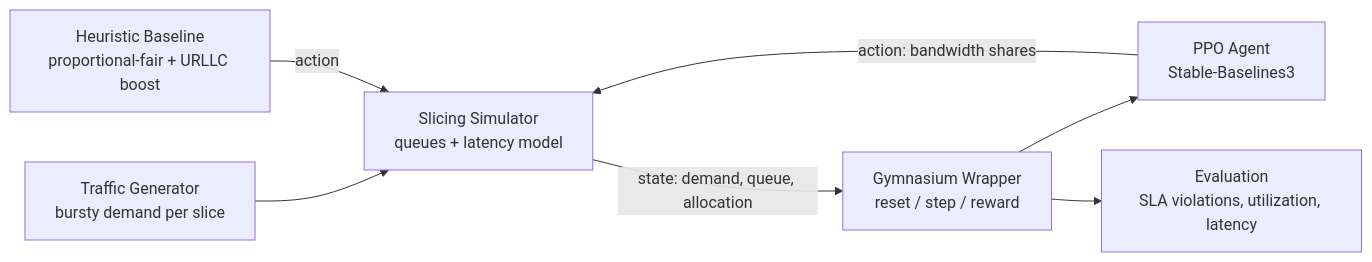
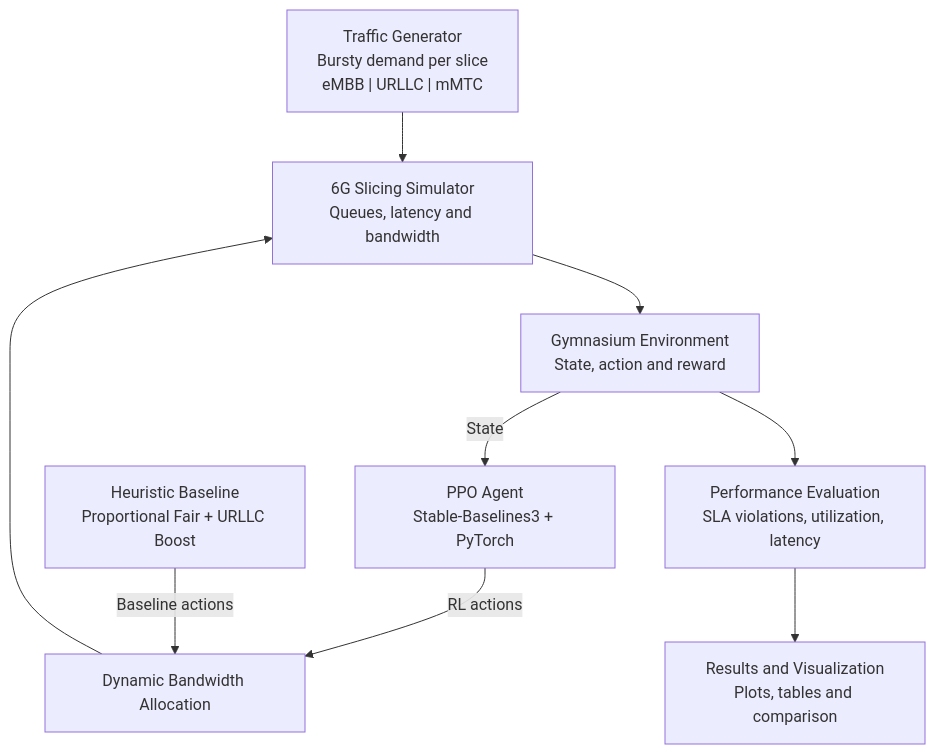
One commit to Shriraamakrishanan/Native-Resource-Allocation-Dynamic-6G changed the diagram in README.md. Above: the diagram before and after it, drawn with Mermaid.

Commit message:
Update architecture diagram in README.md

````diff
--- a/README.md
+++ b/README.md
@@ -18,9 +18,20 @@
 ```mermaid
-flowchart LR
-    A["Traffic Generator<br/>bursty demand per slice"] --> B["Slicing Simulator<br/>queues + latency model"]
-    B -->|"state: demand, queue, allocation"| C["Gymnasium Wrapper<br/>reset / step / reward"]
-    C --> D["PPO Agent<br/>Stable-Baselines3"]
-    D -->|"action: bandwidth shares"| B
-    E["Heuristic Baseline<br/>proportional-fair + URLLC boost"] -->|"action"| B
-    C --> F["Evaluation<br/>SLA violations, utilization, latency"]
+flowchart TD
+    A["Traffic Generator<br/>Bursty demand per slice<br/>eMBB | URLLC | mMTC"]
+    B["6G Slicing Simulator<br/>Queues, latency and bandwidth"]
+    C["Gymnasium Environment<br/>State, action and reward"]
+    D["PPO Agent<br/>Stable-Baselines3 + PyTorch"]
+    E["Heuristic Baseline<br/>Proportional Fair + URLLC Boost"]
+    F["Dynamic Bandwidth Allocation"]
+    G["Performance Evaluation<br/>SLA violations, utilization, latency"]
+    H["Results and Visualization<br/>Plots, tables and comparison"]
+
+    A --> B
+    B --> C
+    C -->|"State"| D
+    D -->|"RL actions"| F
+    E -->|"Baseline actions"| F
+    F --> B
+    C --> G
+    G --> H
 ```
````
